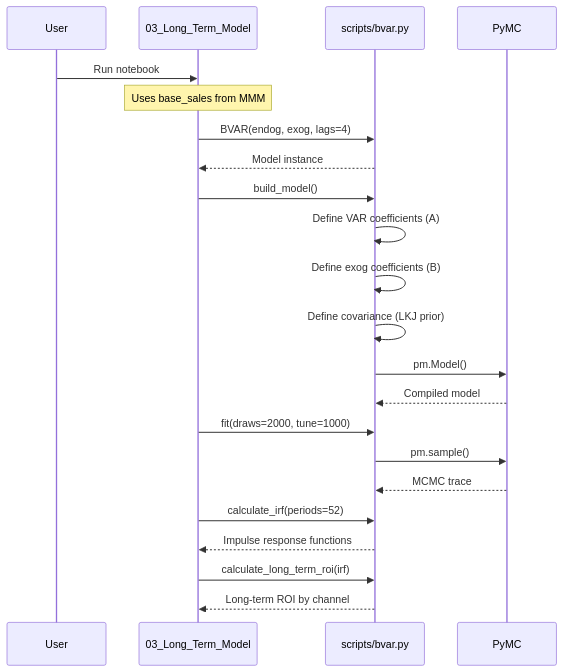
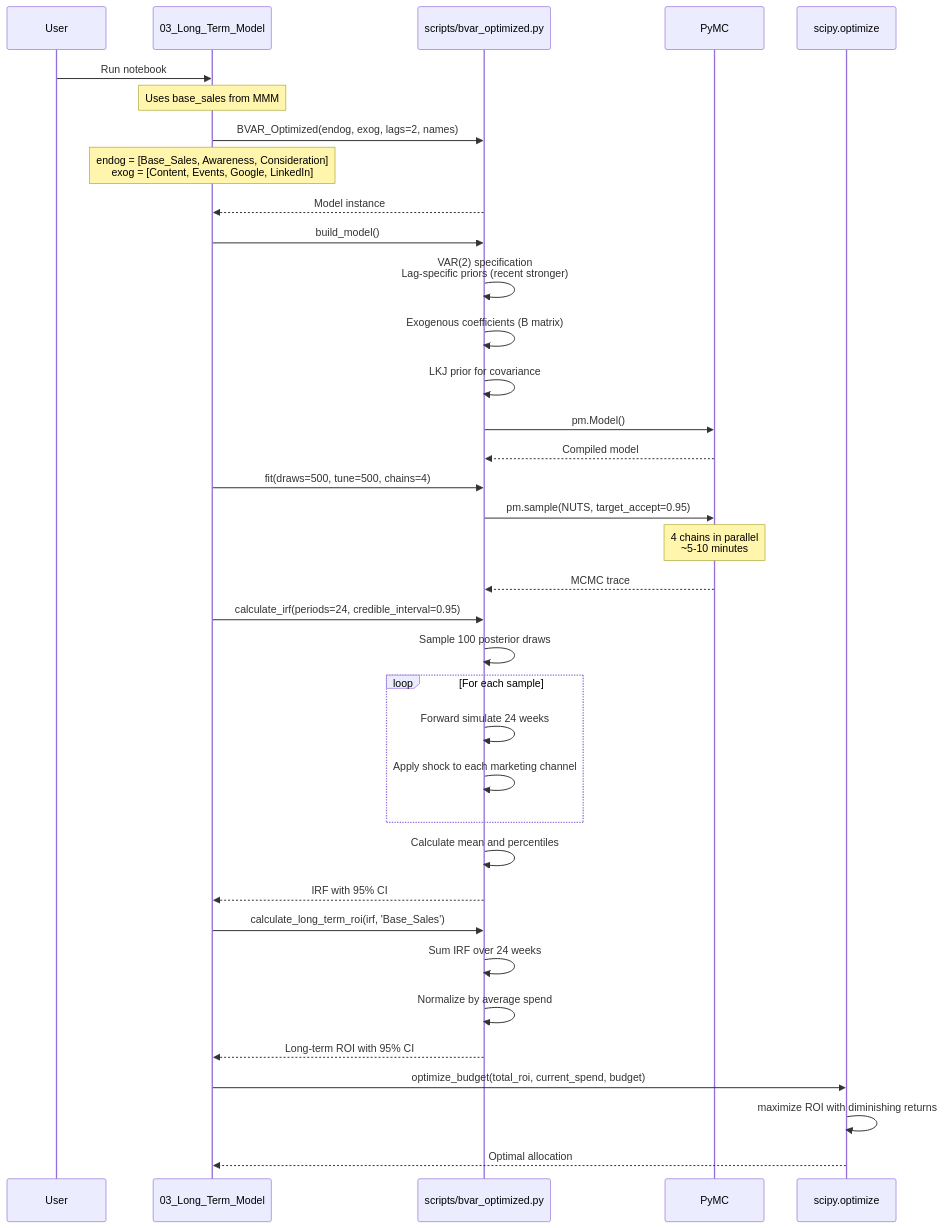
The fourth of 8 diagrams in docs/ARCHITECTURE.md (cybernexcorps/long-term-ad-effectiveness), drawn with Mermaid before and after one commit. The commit also changed other lines of this file and 3 other files, not shown here.

````diff
--- a/docs/ARCHITECTURE.md
+++ b/docs/ARCHITECTURE.md
@@ -128,30 +218,45 @@
 ```mermaid
 sequenceDiagram
     participant User
     participant Notebook as 03_Long_Term_Model
-    participant BVAR as scripts/bvar.py
+    participant BVAR as scripts/bvar_optimized.py
     participant PyMC
+    participant Scipy as scipy.optimize
 
     User->>Notebook: Run notebook
     Note over Notebook: Uses base_sales from MMM
 
-    Notebook->>BVAR: BVAR(endog, exog, lags=4)
+    Notebook->>BVAR: BVAR_Optimized(endog, exog, lags=2, names)
+    Note over Notebook: endog = [Base_Sales, Awareness, Consideration]<br/>exog = [Content, Events, Google, LinkedIn]
     BVAR-->>Notebook: Model instance
 
     Notebook->>BVAR: build_model()
-    BVAR->>BVAR: Define VAR coefficients (A)
-    BVAR->>BVAR: Define exog coefficients (B)
-    BVAR->>BVAR: Define covariance (LKJ prior)
+    BVAR->>BVAR: VAR(2) specification<br/>Lag-specific priors (recent stronger)
+    BVAR->>BVAR: Exogenous coefficients (B matrix)
+    BVAR->>BVAR: LKJ prior for covariance
     BVAR->>PyMC: pm.Model()
     PyMC-->>BVAR: Compiled model
 
-    Notebook->>BVAR: fit(draws=2000, tune=1000)
-    BVAR->>PyMC: pm.sample()
+    Notebook->>BVAR: fit(draws=500, tune=500, chains=4)
+    BVAR->>PyMC: pm.sample(NUTS, target_accept=0.95)
+    Note over PyMC: 4 chains in parallel<br/>~5-10 minutes
     PyMC-->>BVAR: MCMC trace
 
-    Notebook->>BVAR: calculate_irf(periods=52)
-    BVAR-->>Notebook: Impulse response functions
+    Notebook->>BVAR: calculate_irf(periods=24, credible_interval=0.95)
+    BVAR->>BVAR: Sample 100 posterior draws
+    loop For each sample
+        BVAR->>BVAR: Forward simulate 24 weeks
+        BVAR->>BVAR: Apply shock to each marketing channel
+    end
+    BVAR->>BVAR: Calculate mean and percentiles
+    BVAR-->>Notebook: IRF with 95% CI
 
-    Notebook->>BVAR: calculate_long_term_roi(irf)
-    BVAR-->>Notebook: Long-term ROI by channel
+    Notebook->>BVAR: calculate_long_term_roi(irf, 'Base_Sales')
+    BVAR->>BVAR: Sum IRF over 24 weeks
+    BVAR->>BVAR: Normalize by average spend
+    BVAR-->>Notebook: Long-term ROI with 95% CI
+
+    Notebook->>Scipy: optimize_budget(total_roi, current_spend, budget)
+    Scipy->>Scipy: maximize ROI with diminishing returns
+    Scipy-->>Notebook: Optimal allocation
 ```
````
